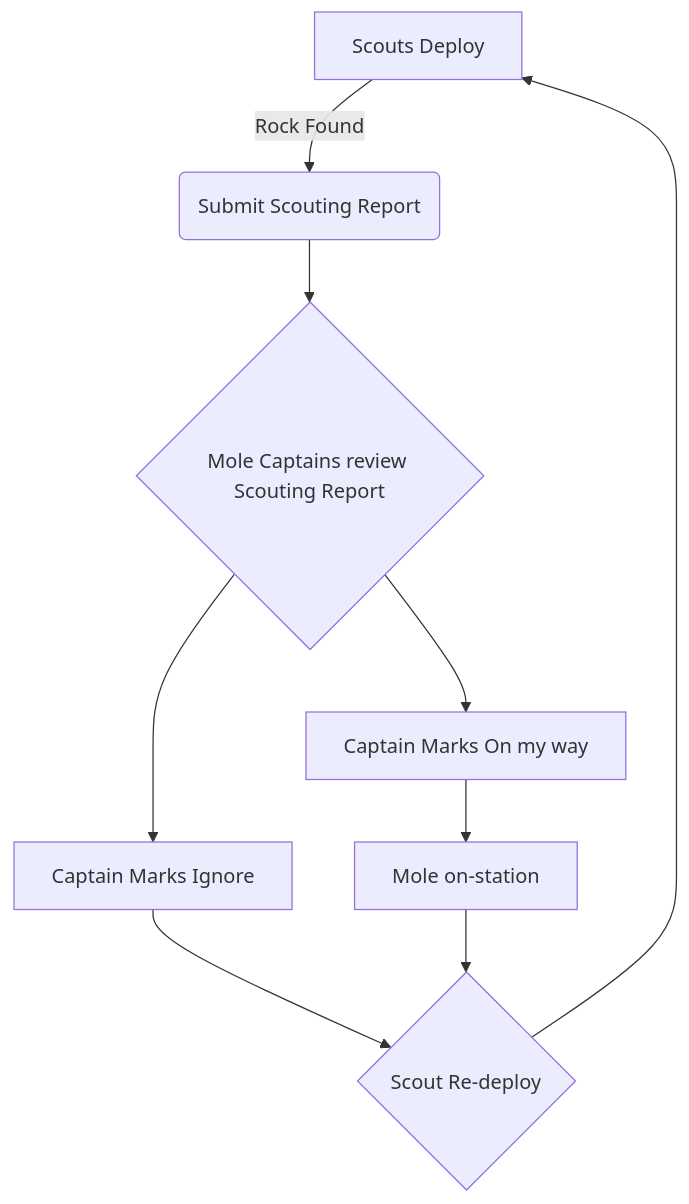
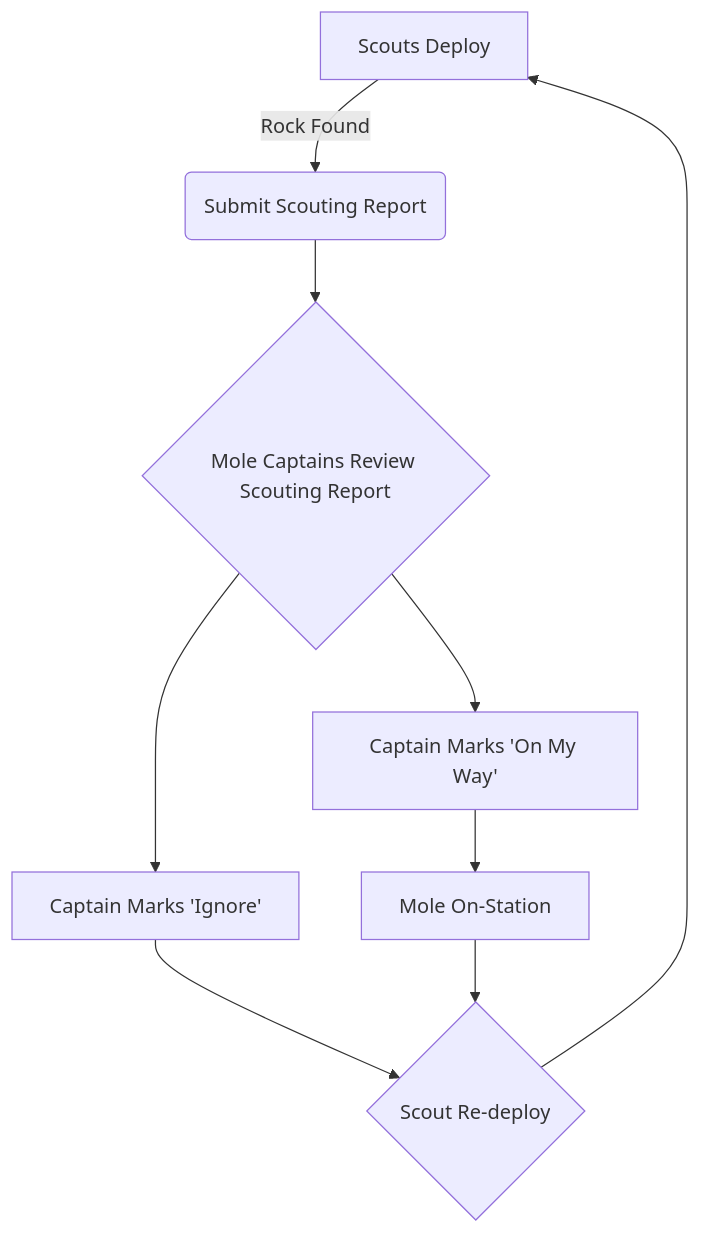
The diagram in content/FIC/FIC Mining Doctrine.md (The-Frontier/FrontierObsidian), drawn with Mermaid before and after one commit. The commit also changed other lines of this file, not shown here.

````diff
--- a/content/FIC/FIC Mining Doctrine.md
+++ b/content/FIC/FIC Mining Doctrine.md
@@ -48,16 +57,16 @@
 ```mermaid
 flowchart TD
 
     A[Scouts Deploy] -->|Rock Found| B(Submit Scouting Report)
 
-    B --> C{Mole Captains review Scouting Report}
+    B --> C{Mole Captains Review Scouting Report}
 
-    C --> D[Captain Marks On my way]
+    C --> D[Captain Marks 'On My Way']
 
-    C --> E[Captain Marks Ignore]
+    C --> E[Captain Marks 'Ignore']
 
     E --> F{Scout Re-deploy}
-    D --> G[Mole on-station]
+    D --> G[Mole On-Station]
     G --> F
     F --> A
 ```
````
